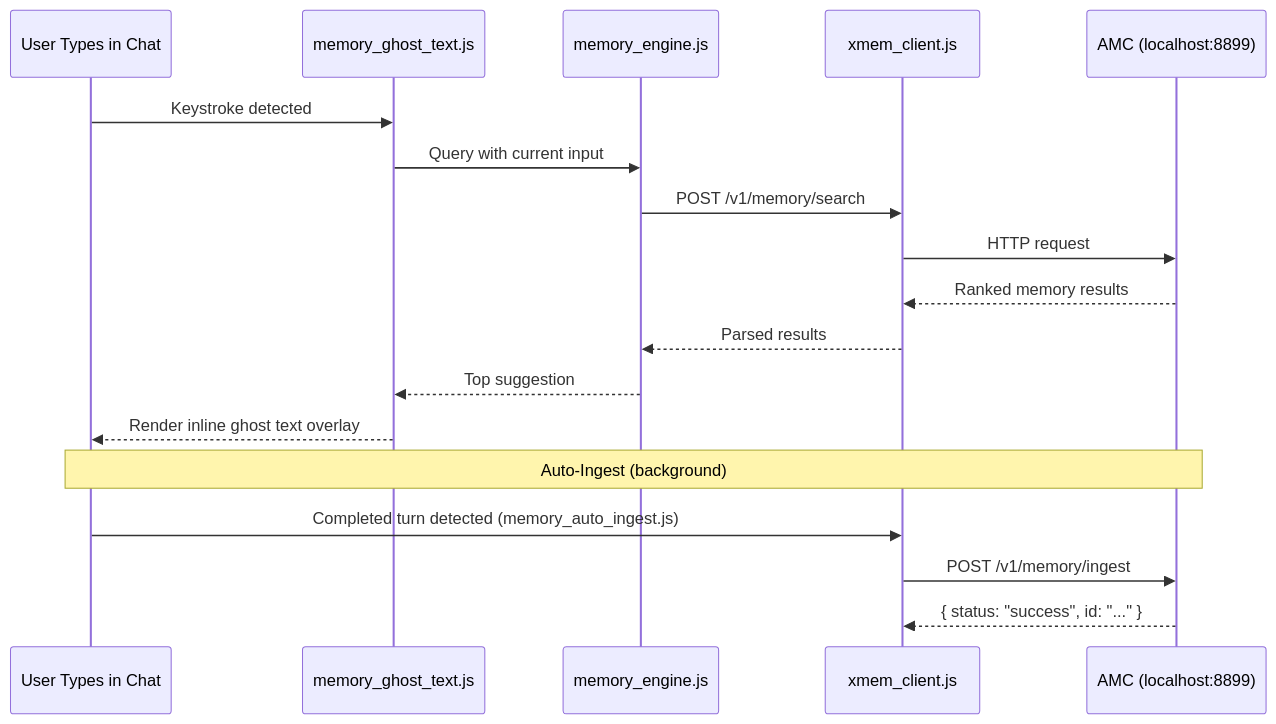
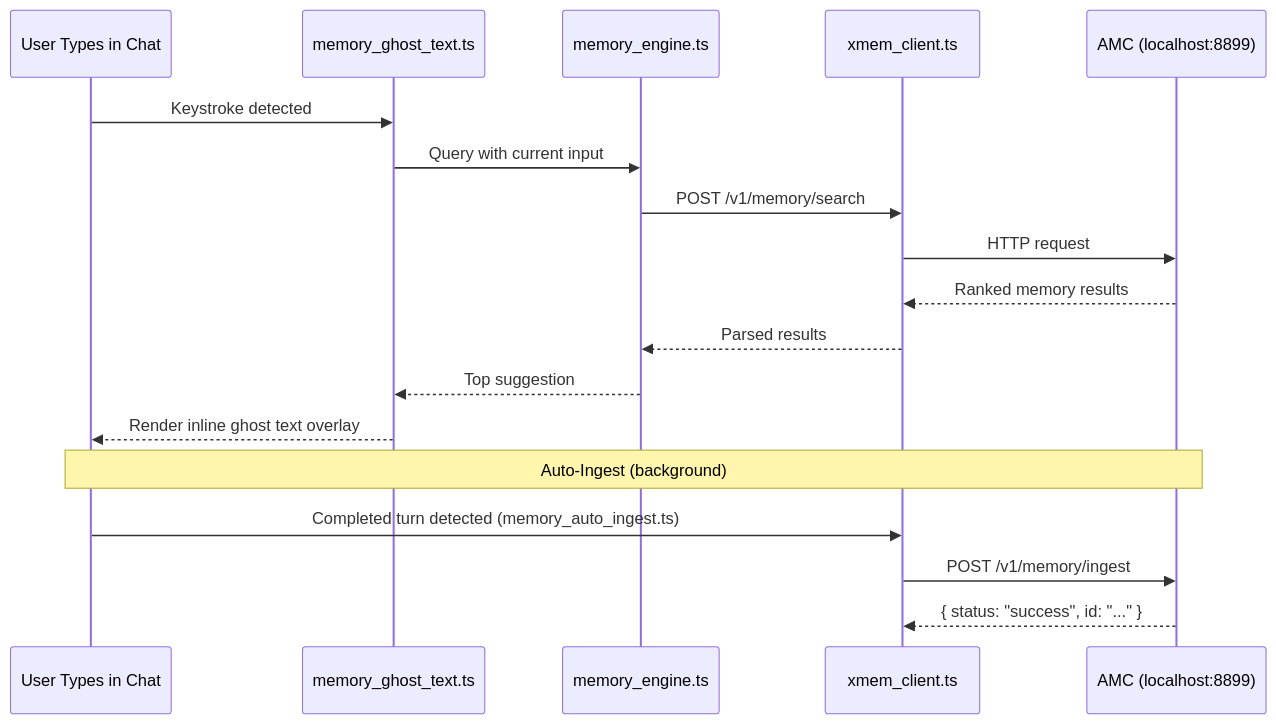
One commit to Vishnu-tppr/Axoltl-Extension changed the second of 2 diagrams in README.md. Above: the diagram before and after it, drawn with Mermaid. The commit also changed other lines of this file, not shown here.

````diff
--- a/README.md
+++ b/README.md
@@ -257,22 +274,22 @@
 ```mermaid
 sequenceDiagram
     participant User as User Types in Chat
-    participant GhostText as memory_ghost_text.js
-    participant Engine as memory_engine.js
-    participant Client as xmem_client.js
+    participant GhostText as memory_ghost_text.ts
+    participant Engine as memory_engine.ts
+    participant Client as xmem_client.ts
     participant AMC as AMC (localhost:8899)
     
     User->>GhostText: Keystroke detected
     GhostText->>Engine: Query with current input
     Engine->>Client: POST /v1/memory/search
     Client->>AMC: HTTP request
     AMC-->>Client: Ranked memory results
     Client-->>Engine: Parsed results
     Engine-->>GhostText: Top suggestion
     GhostText-->>User: Render inline ghost text overlay
     
     Note over User,AMC: Auto-Ingest (background)
-    User->>Client: Completed turn detected (memory_auto_ingest.js)
+    User->>Client: Completed turn detected (memory_auto_ingest.ts)
     Client->>AMC: POST /v1/memory/ingest
     AMC-->>Client: { status: "success", id: "..." }
 ```
````
